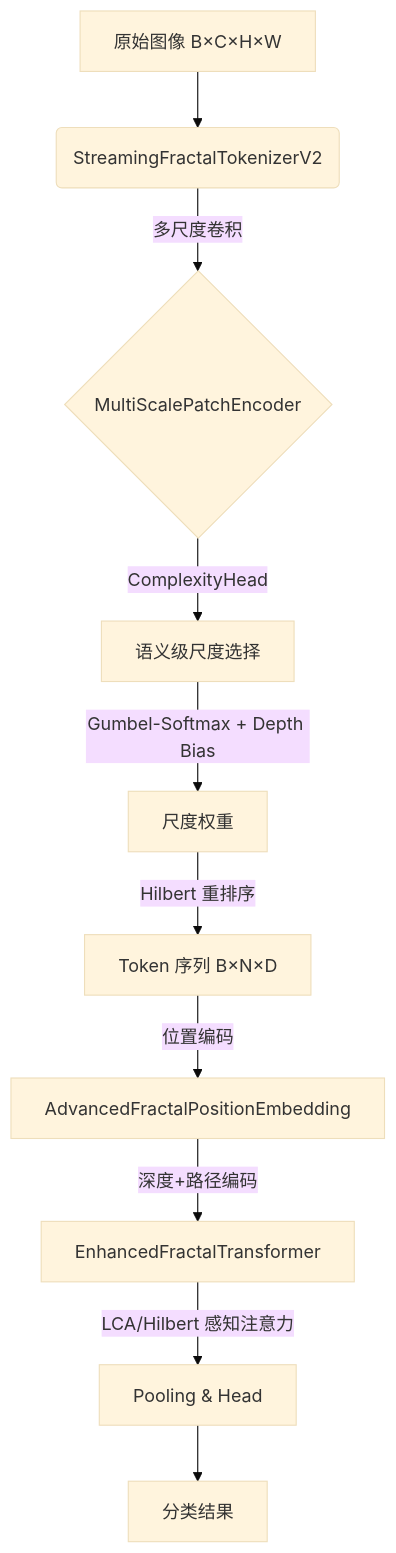
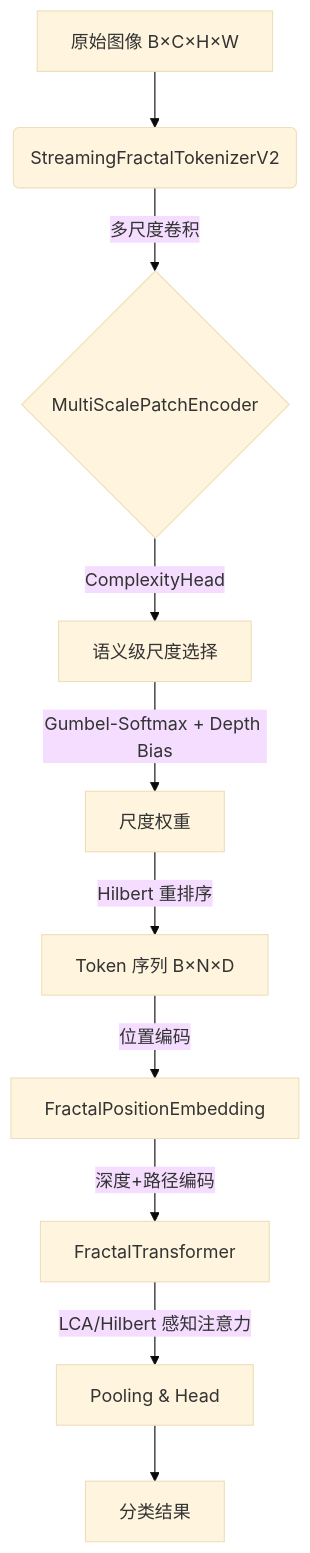
The diagram in documents/00_introduction.md (LoopyBrainie/fractal-curve-tokenizer), drawn with Mermaid (base theme) before and after one commit. The commit also changed other lines of this file and 8 other files, not shown here.

````diff
--- a/documents/00_introduction.md
+++ b/documents/00_introduction.md
@@ -12,12 +12,12 @@
 ```mermaid
 graph TD
     A[原始图像 B×C×H×W] --> B(StreamingFractalTokenizerV2);
     B -->|多尺度卷积| C{MultiScalePatchEncoder};
     C -->|ComplexityHead| D[语义级尺度选择];
     D -->|Gumbel-Softmax + Depth Bias| E[尺度权重];
     E -->|Hilbert 重排序| F[Token 序列 B×N×D];
-    F -->|位置编码| G[AdvancedFractalPositionEmbedding];
-    G -->|深度+路径编码| H[EnhancedFractalTransformer];
+    F -->|位置编码| G[FractalPositionEmbedding];
+    G -->|深度+路径编码| H[FractalTransformer];
     H -->|LCA/Hilbert 感知注意力| I[Pooling & Head];
     I --> J[分类结果];
 ```
````
